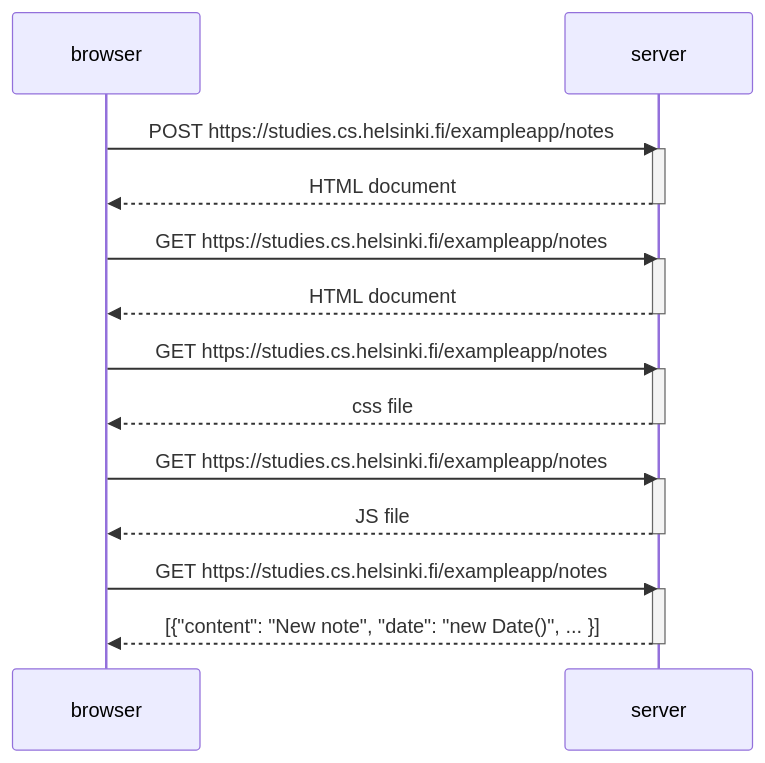
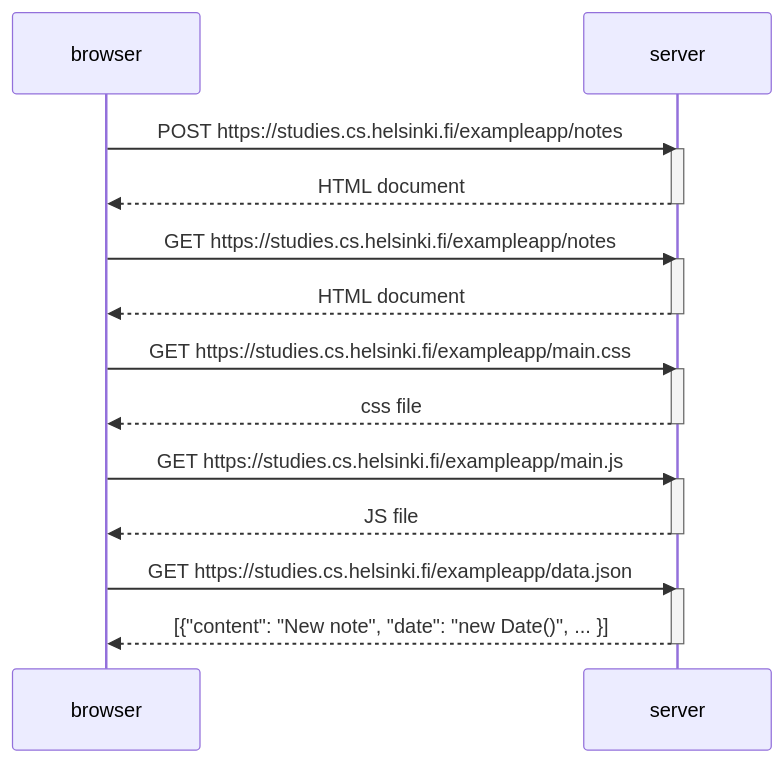
The diagram in Part0/Exercise4.md (Albertscpv/FullStackOpen), drawn with Mermaid before and after one commit.

````diff
--- a/Part0/Exercise4.md
+++ b/Part0/Exercise4.md
@@ -1,31 +1,31 @@
 ```mermaid
 sequenceDiagram
     participant browser
     participant server
 
     browser->>server: POST https://studies.cs.helsinki.fi/exampleapp/notes
     activate server
     server-->>browser: HTML document
     deactivate server
 
     browser->>server: GET https://studies.cs.helsinki.fi/exampleapp/notes
     activate server
     server-->>browser: HTML document
     deactivate server
 
-    browser->>server: GET https://studies.cs.helsinki.fi/exampleapp/notes
+    browser->>server: GET https://studies.cs.helsinki.fi/exampleapp/main.css
     activate server
     server-->>browser: css file
     deactivate server
 
-    browser->>server: GET https://studies.cs.helsinki.fi/exampleapp/notes
+    browser->>server: GET https://studies.cs.helsinki.fi/exampleapp/main.js
     activate server
     server-->>browser: JS file
     deactivate server
 
-    browser->>server: GET https://studies.cs.helsinki.fi/exampleapp/notes
+    browser->>server: GET https://studies.cs.helsinki.fi/exampleapp/data.json
     activate server
     server-->>browser: [{"content": "New note", "date": "new Date()", ... }]
     deactivate server
 
 ```
````
